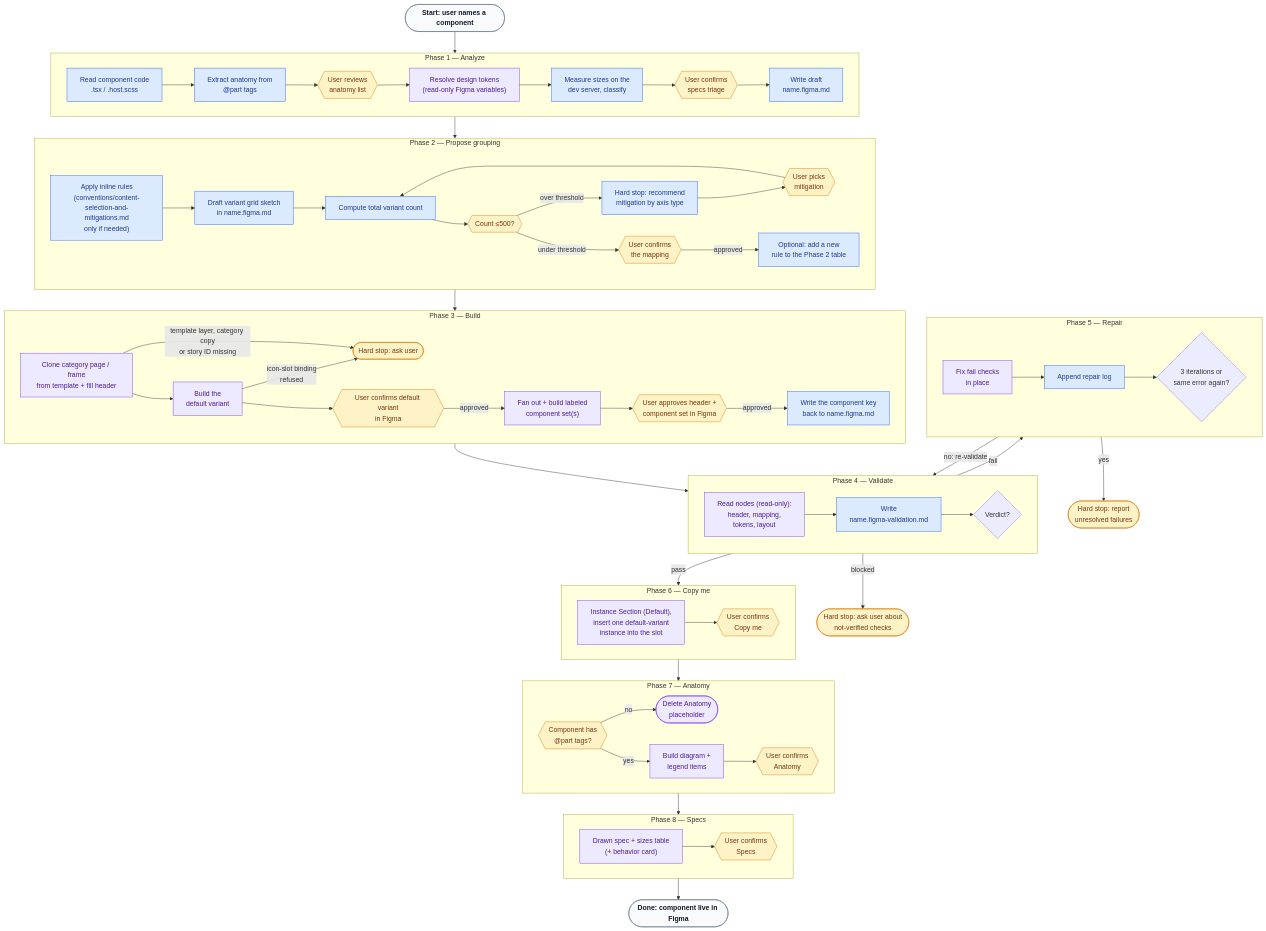
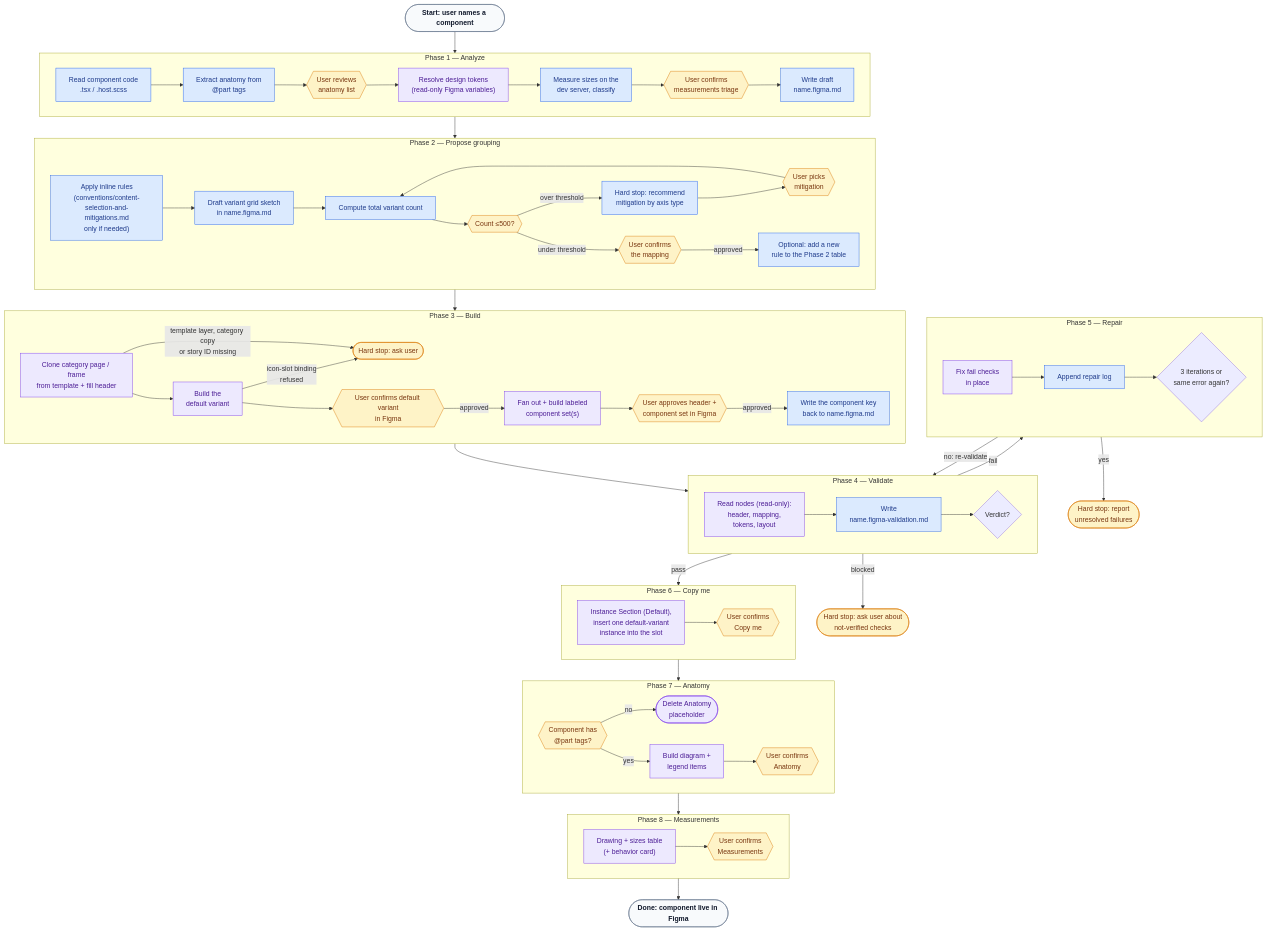
One commit to helvetia-design/design-system changed the diagram in .claude/skills/ds-code-to-figma/SKILL.md. Above: the diagram before and after it, drawn with Mermaid. The commit also changed other lines of this file and 19 other files, not shown here.

First line of the commit message:
rework figma skill measurements and add close docs

```diff
--- a/.claude/skills/ds-code-to-figma/SKILL.md
+++ b/.claude/skills/ds-code-to-figma/SKILL.md
@@ -61,7 +61,7 @@
         P1anat --> P1anatC{{"User reviews<br/>anatomy list"}}:::human
         P1anatC --> P1b["Resolve design tokens<br/>(read-only Figma variables)"]:::figma
         P1b --> P1m["Measure sizes on the<br/>dev server, classify"]:::code
-        P1m --> P1mC{{"User confirms<br/>specs triage"}}:::human
+        P1m --> P1mC{{"User confirms<br/>measurements triage"}}:::human
         P1mC --> P1c["Write draft<br/>name.figma.md"]:::code
     end
 
@@ -129,9 +129,9 @@
 
     P7G --> P8G
 
-    subgraph P8G["Phase 8 — Specs"]
+    subgraph P8G["Phase 8 — Measurements"]
         direction LR
-        P8a["Drawn spec + sizes table<br/>(+ behavior card)"]:::figma --> P8b{{"User confirms<br/>Specs"}}:::human
+        P8a["Drawing + sizes table<br/>(+ behavior card)"]:::figma --> P8b{{"User confirms<br/>Measurements"}}:::human
     end
 
     P8G --> Done(["Done: component live in Figma"]):::phase
```
